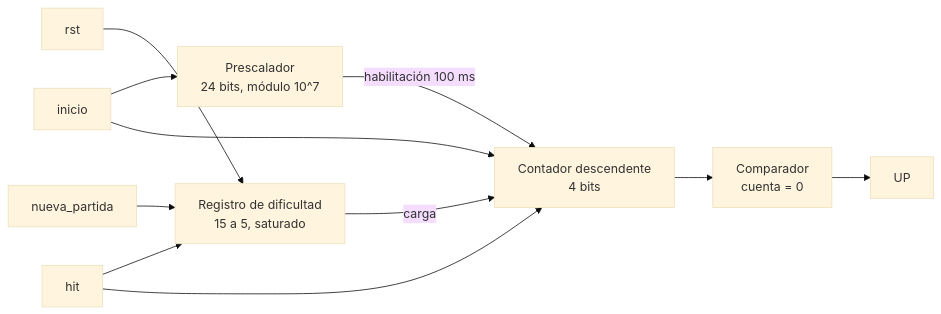
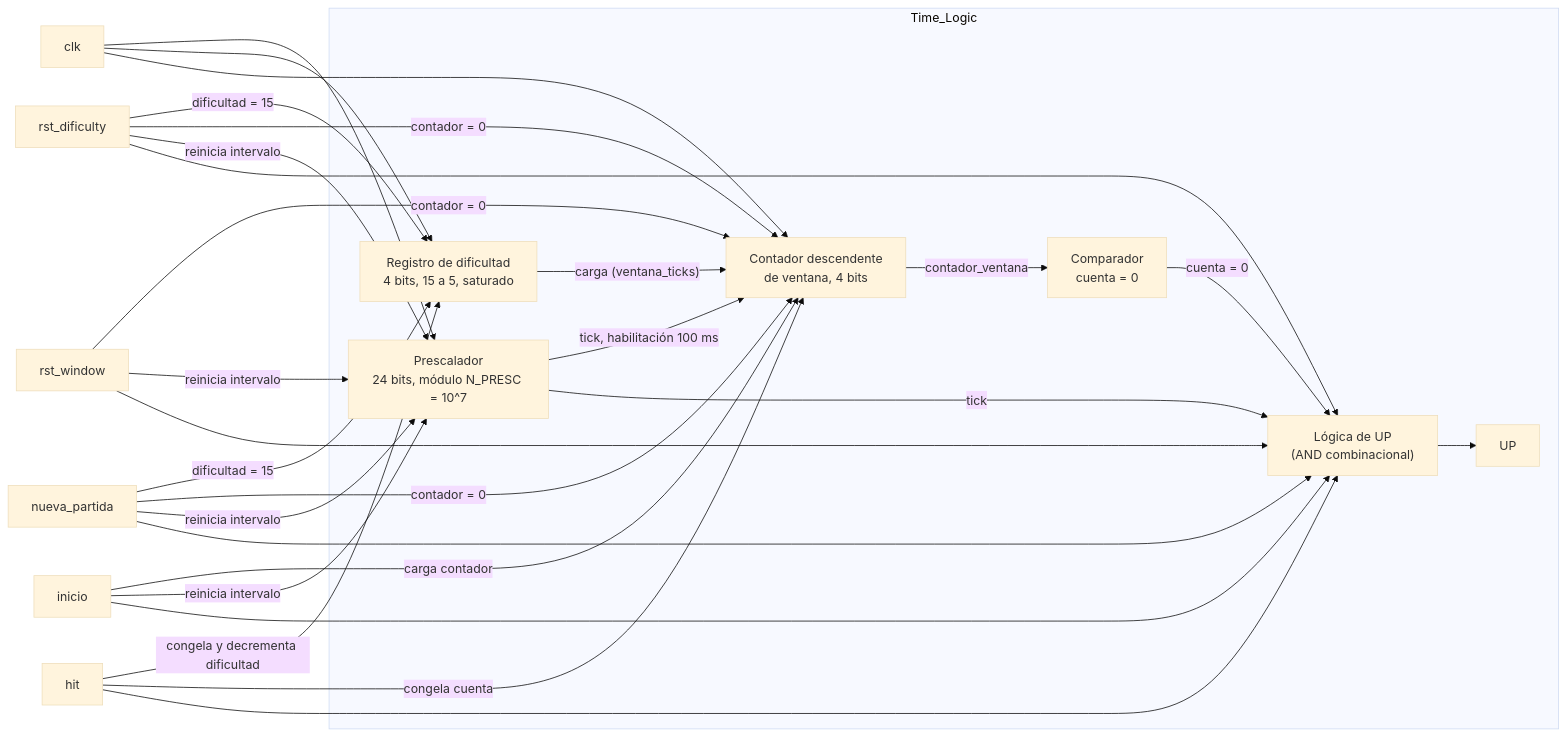
Before and after one commit to Taller-de-diseno-digital-GR01/Proyecto-1-Whack-a-mole: the diagram in docs/Diseños_Separados/fpga/m04_time_logic.md, drawn with Mermaid (base theme). The commit also changed other lines of this file and 5 other files, not shown here.

````diff
--- a/docs/Diseños_Separados/fpga/m04_time_logic.md
+++ b/docs/Diseños_Separados/fpga/m04_time_logic.md
@@ -36,13 +38,45 @@
 ```mermaid
 flowchart LR
-    ini[inicio] --> P
-    rst[rst] --> D
-    np[nueva_partida] --> D
-    hit[hit] --> D
-    P["Prescalador<br/>24 bits, módulo 10^7"] -->|habilitación 100 ms| C
-    D["Registro de dificultad<br/>15 a 5, saturado"] -->|carga| C
-    ini --> C
-    hit --> C
-    C["Contador descendente<br/>4 bits"] --> Z["Comparador<br/>cuenta = 0"]
-    Z --> up[UP]
+subgraph TIME_LOGIC["Time_Logic"]
+
+    P["Prescalador<br/>24 bits, módulo N_PRESC = 10^7"]
+    D["Registro de dificultad<br/>4 bits, 15 a 5, saturado"]
+    C["Contador descendente<br/>de ventana, 4 bits"]
+    CMP["Comparador<br/>cuenta = 0"]
+    UPL["Lógica de UP<br/>(AND combinacional)"]
+
+    P -->|"tick, habilitación 100 ms"| C
+    P -->|"tick"| UPL
+    D -->|"carga (ventana_ticks)"| C
+    C -->|"contador_ventana"| CMP
+    CMP -->|"cuenta = 0"| UPL
+    UPL --> up["UP"]
+
+end
+
+clk["clk"] --> P
+clk --> D
+clk --> C
+
+rst_dificulty["rst_dificulty"] -->|"dificultad = 15"| D
+rst_dificulty -->|"contador = 0"| C
+rst_dificulty -->|"reinicia intervalo"| P
+rst_dificulty --> UPL
+
+rst_window["rst_window"] -->|"contador = 0"| C
+rst_window -->|"reinicia intervalo"| P
+rst_window --> UPL
+
+nueva_partida["nueva_partida"] -->|"dificultad = 15"| D
+nueva_partida -->|"contador = 0"| C
+nueva_partida -->|"reinicia intervalo"| P
+nueva_partida --> UPL
+
+inicio["inicio"] -->|"carga contador"| C
+inicio -->|"reinicia intervalo"| P
+inicio --> UPL
+
+hit["hit"] -->|"congela y decrementa dificultad"| D
+hit -->|"congela cuenta"| C
+hit --> UPL
 ```
````
